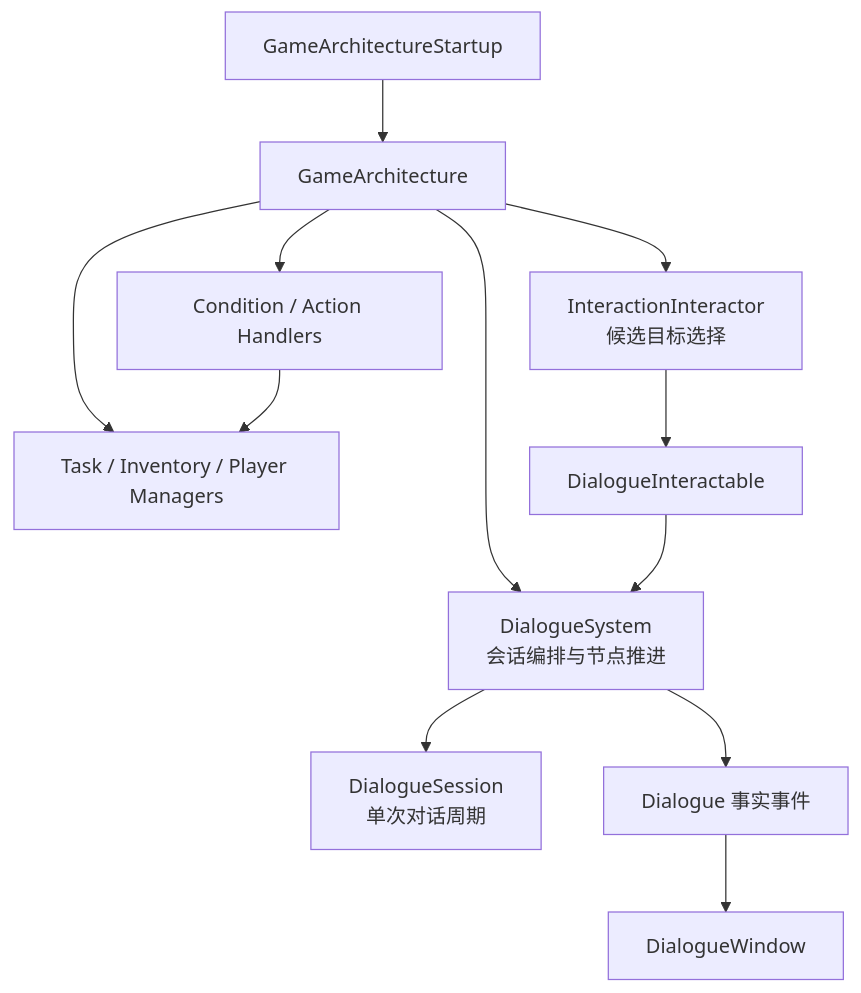
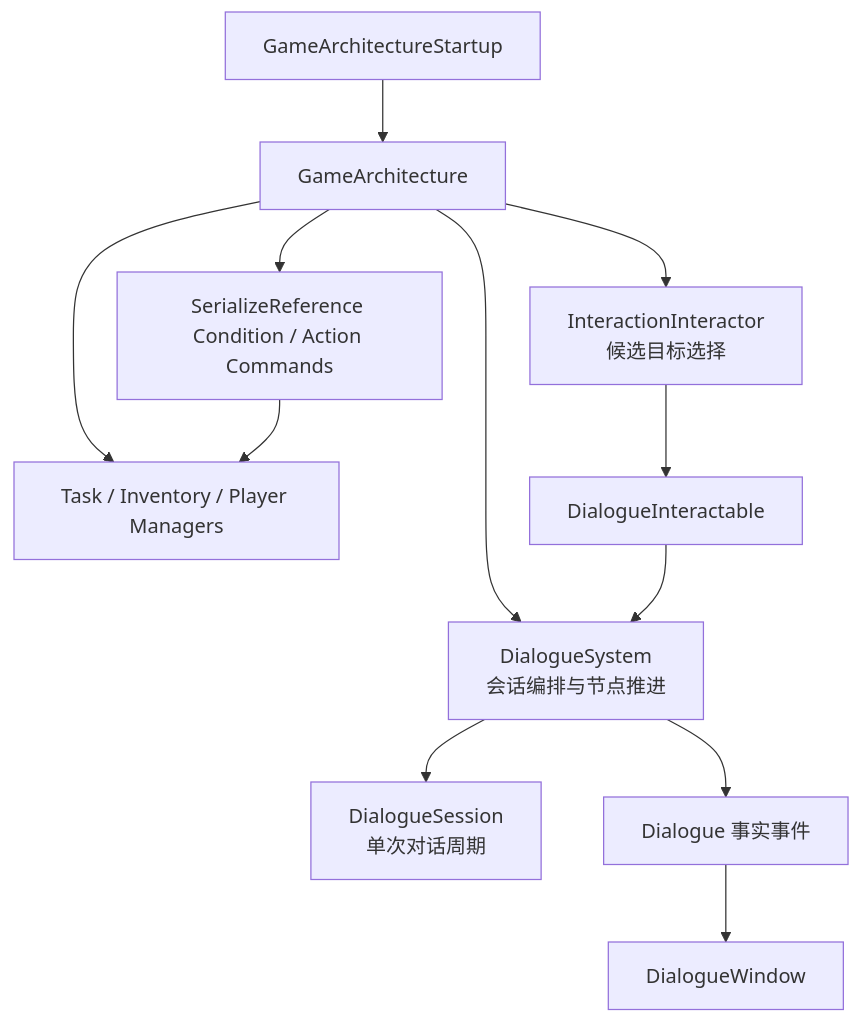
One commit to Whitesheeeep/3DRPG changed the first of 6 diagrams in Assets/Scripts/DialogueSystem/DialogueSystem_Requirements.md. Above: the diagram before and after it, drawn with Mermaid. The commit also changed other lines of this file and 76 other files, not shown here.

````diff
--- a/Assets/Scripts/DialogueSystem/DialogueSystem_Requirements.md
+++ b/Assets/Scripts/DialogueSystem/DialogueSystem_Requirements.md
@@ -38,14 +38,14 @@
 ```mermaid
 flowchart TD
     Startup["GameArchitectureStartup"] --> Architecture["GameArchitecture"]
     Architecture --> DialogueSystem["DialogueSystem\n会话编排与节点推进"]
     Architecture --> InteractionInteractor["InteractionInteractor\n候选目标选择"]
-    Architecture --> Handlers["Condition / Action Handlers"]
+    Architecture --> Commands["SerializeReference Condition / Action Commands"]
     Architecture --> Business["Task / Inventory / Player Managers"]
-    Handlers --> Business
+    Commands --> Business
     InteractionInteractor --> DialogueTarget["DialogueInteractable"]
     DialogueTarget --> DialogueSystem
     DialogueSystem --> Session["DialogueSession\n单次对话周期"]
     DialogueSystem --> Events["Dialogue 事实事件"]
     Events --> Window["DialogueWindow"]
 ```
````
